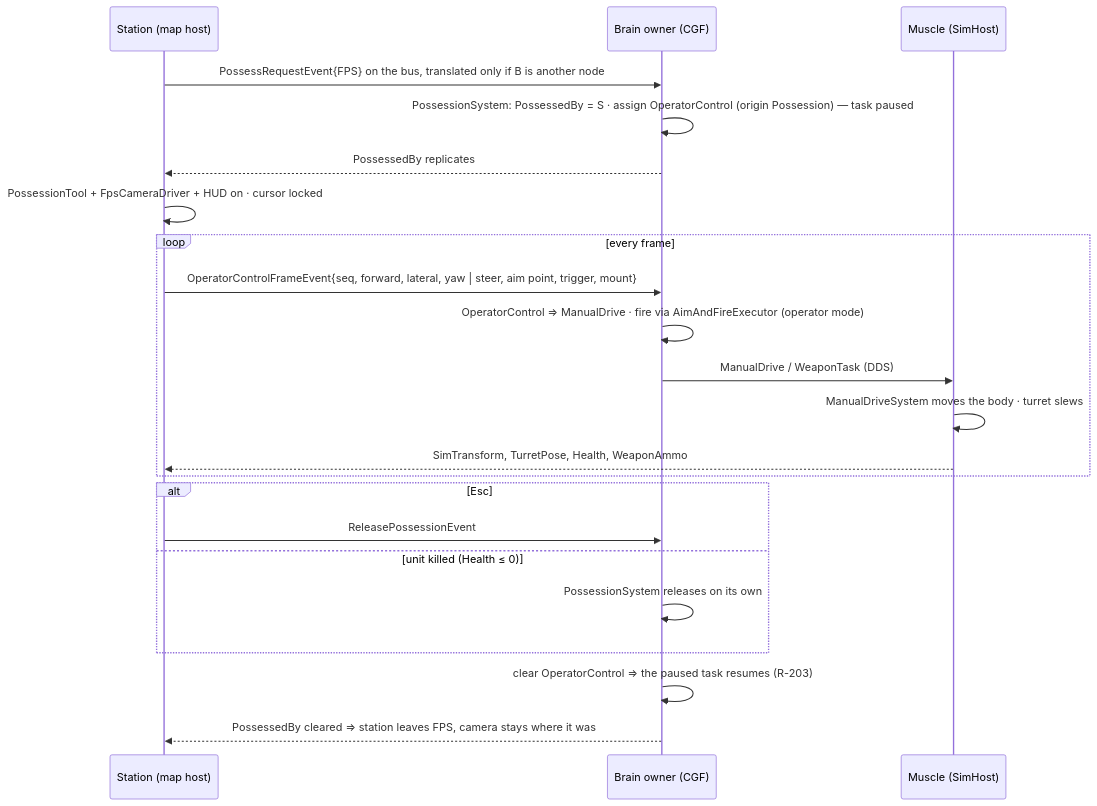
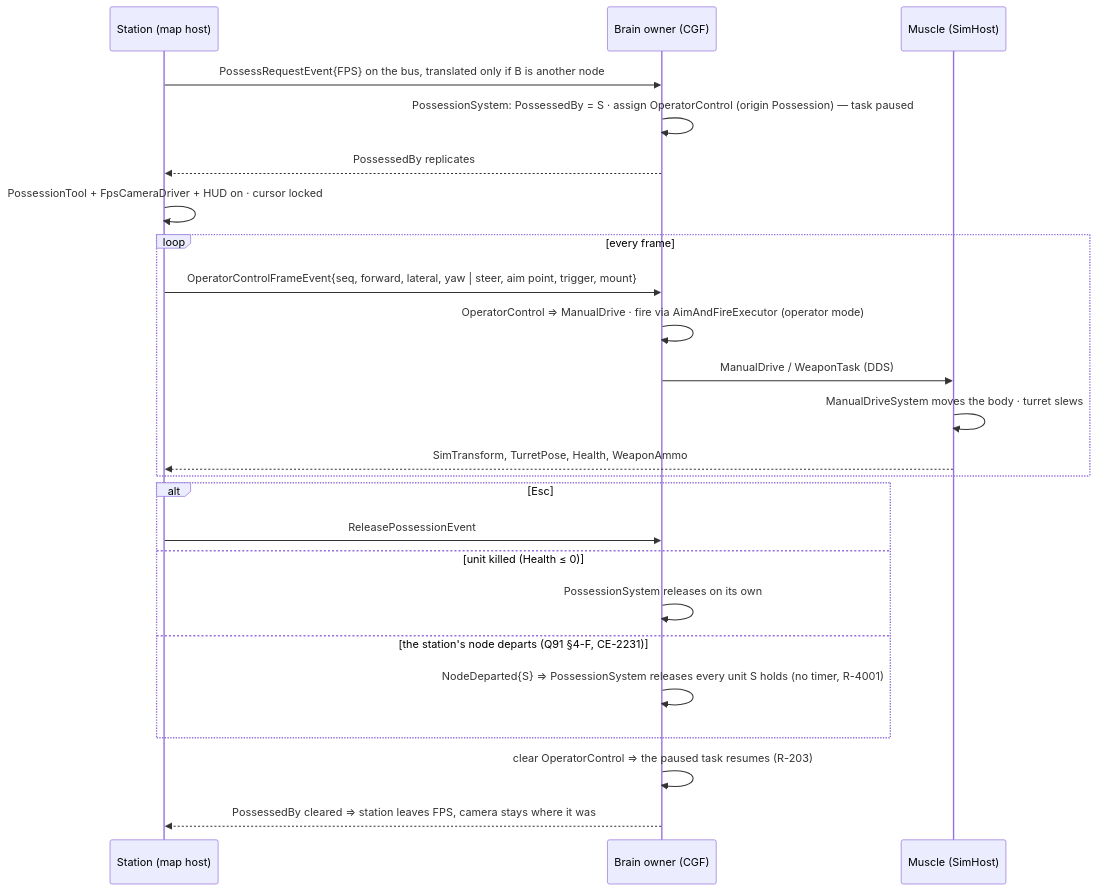
Before and after one commit to pjanec/HROT: the fifth of 31 diagrams in docs/DESIGN_Entity_Control.md, drawn with Mermaid. The commit also changed 4 other files, not shown here.

First line of the commit message:
CE-2231 (backend handoff PR1): a possessed unit is released when its station's node departs

````diff
--- a/docs/DESIGN_Entity_Control.md
+++ b/docs/DESIGN_Entity_Control.md
@@ -260,24 +260,26 @@
 ```mermaid
 sequenceDiagram
     participant S as Station (map host)
     participant B as Brain owner (CGF)
     participant K as Muscle (SimHost)
     S->>B: PossessRequestEvent{FPS} on the bus, translated only if B is another node
     B->>B: PossessionSystem: PossessedBy = S · assign OperatorControl (origin Possession) — task paused
     B-->>S: PossessedBy replicates
     S->>S: PossessionTool + FpsCameraDriver + HUD on · cursor locked
     loop every frame
         S->>B: OperatorControlFrameEvent{seq, forward, lateral, yaw | steer, aim point, trigger, mount}
         B->>B: OperatorControl ⇒ ManualDrive · fire via AimAndFireExecutor (operator mode)
         B->>K: ManualDrive / WeaponTask (DDS)
         K->>K: ManualDriveSystem moves the body · turret slews
         K-->>S: SimTransform, TurretPose, Health, WeaponAmmo
     end
     alt Esc
         S->>B: ReleasePossessionEvent
     else unit killed (Health ≤ 0)
         B->>B: PossessionSystem releases on its own
+    else the station's node departs (Q91 §4-F, CE-2231)
+        B->>B: NodeDeparted{S} ⇒ PossessionSystem releases every unit S holds (no timer, R-4001)
     end
     B->>B: clear OperatorControl ⇒ the paused task resumes (R-203)
     B-->>S: PossessedBy cleared ⇒ station leaves FPS, camera stays where it was
 ```
````
